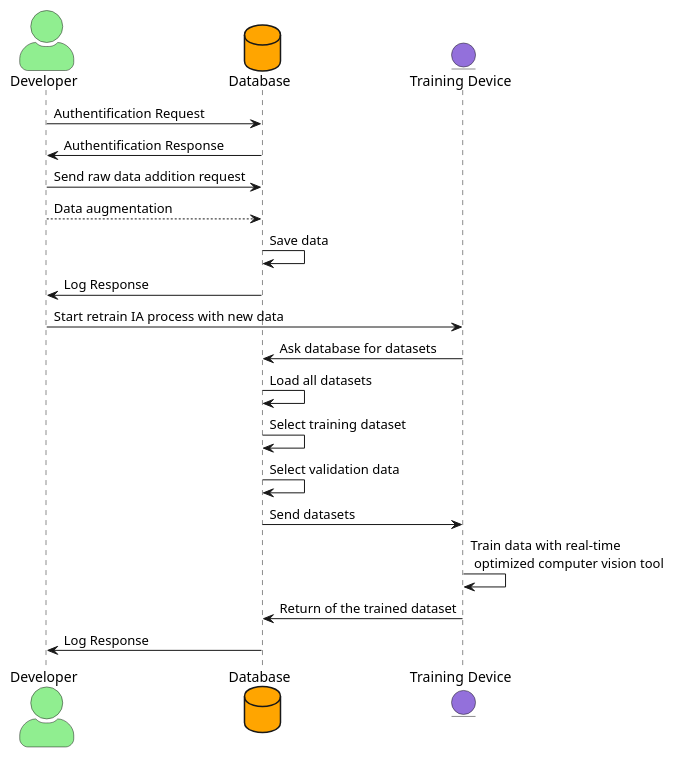
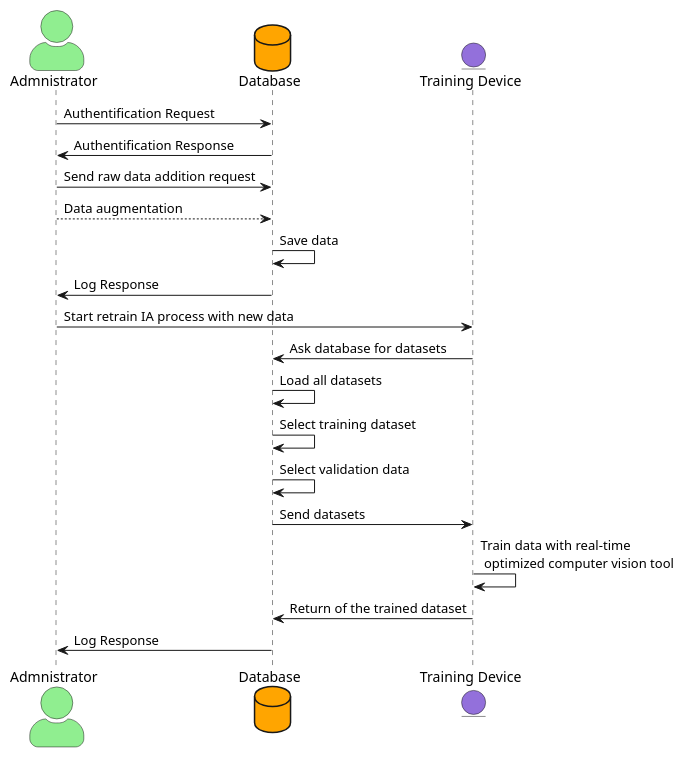
The diagram in sprint0/AddDataToTrain_sequenceDiagram.wsd (MariusLD/PROJET-ESIR2), drawn with PlantUML before and after one commit. The commit also changed 2 other files, not shown here.

```diff
--- a/sprint0/AddDataToTrain_sequenceDiagram.wsd
+++ b/sprint0/AddDataToTrain_sequenceDiagram.wsd
@@ -1,21 +1,21 @@
 @startuml
 skinparam actorStyle awesome
-actor Developer as Dev #LightGreen
+actor Admnistrator as Dev #LightGreen
 database Database as DB #FFA500 
 entity "Training Device" as IA #9370DB
 Dev -> DB: Authentification Request
 DB -> Dev: Authentification Response
 Dev -> DB: Send raw data addition request
 Dev --> DB: Data augmentation
 DB -> DB: Save data
 DB -> Dev: Log Response
 Dev -> IA: Start retrain IA process with new data
 IA -> DB: Ask database for datasets 
 DB -> DB: Load all datasets
 DB -> DB: Select training dataset
 DB -> DB: Select validation data
 DB -> IA: Send datasets
 IA -> IA: Train data with real-time\n optimized computer vision tool
 IA -> DB: Return of the trained dataset
 DB -> Dev: Log Response
 @enduml
```
